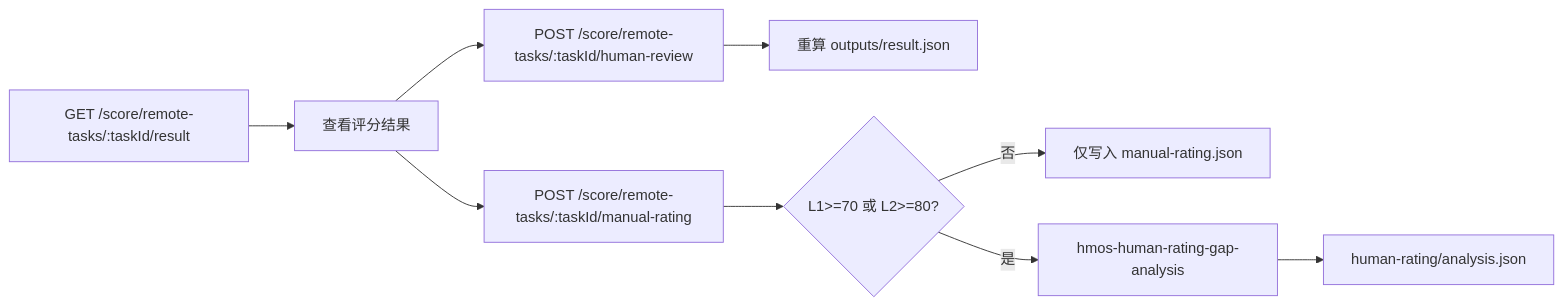
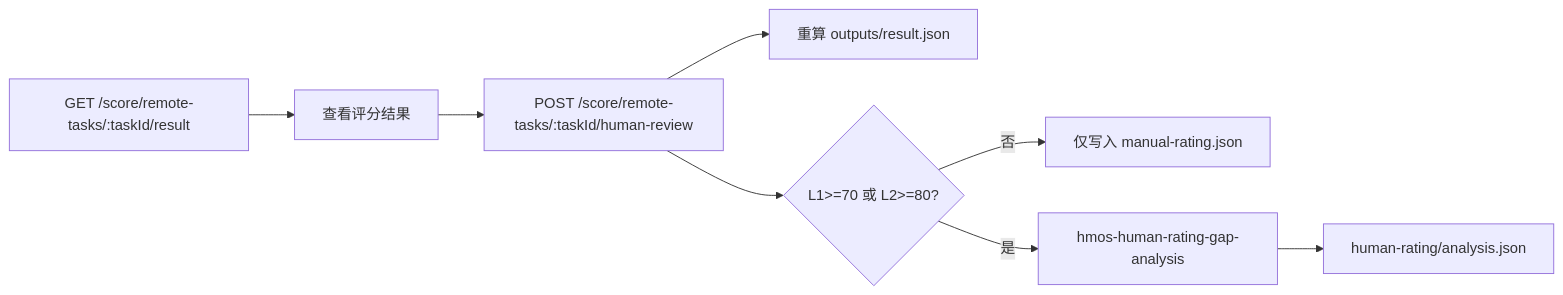
One commit to yaoooge/hmos-score-agent changed the second of 2 diagrams in docs/ARCHITECTURE.md. Above: the diagram before and after it, drawn with Mermaid. The commit also changed other lines of this file and 10 other files, not shown here.

Commit message:
fix: merge manual rating into human review

````diff
--- a/docs/ARCHITECTURE.md
+++ b/docs/ARCHITECTURE.md
@@ -33,11 +33,10 @@
 ```mermaid
 flowchart LR
   A[GET /score/remote-tasks/:taskId/result] --> B[查看评分结果]
   B --> C[POST /score/remote-tasks/:taskId/human-review]
   C --> D[重算 outputs/result.json]
-  B --> E[POST /score/remote-tasks/:taskId/manual-rating]
-  E --> F{L1>=70 或 L2>=80?}
+  C --> F{L1>=70 或 L2>=80?}
   F -- 否 --> G[仅写入 manual-rating.json]
   F -- 是 --> H[hmos-human-rating-gap-analysis]
   H --> I[human-rating/analysis.json]
 ```
````
